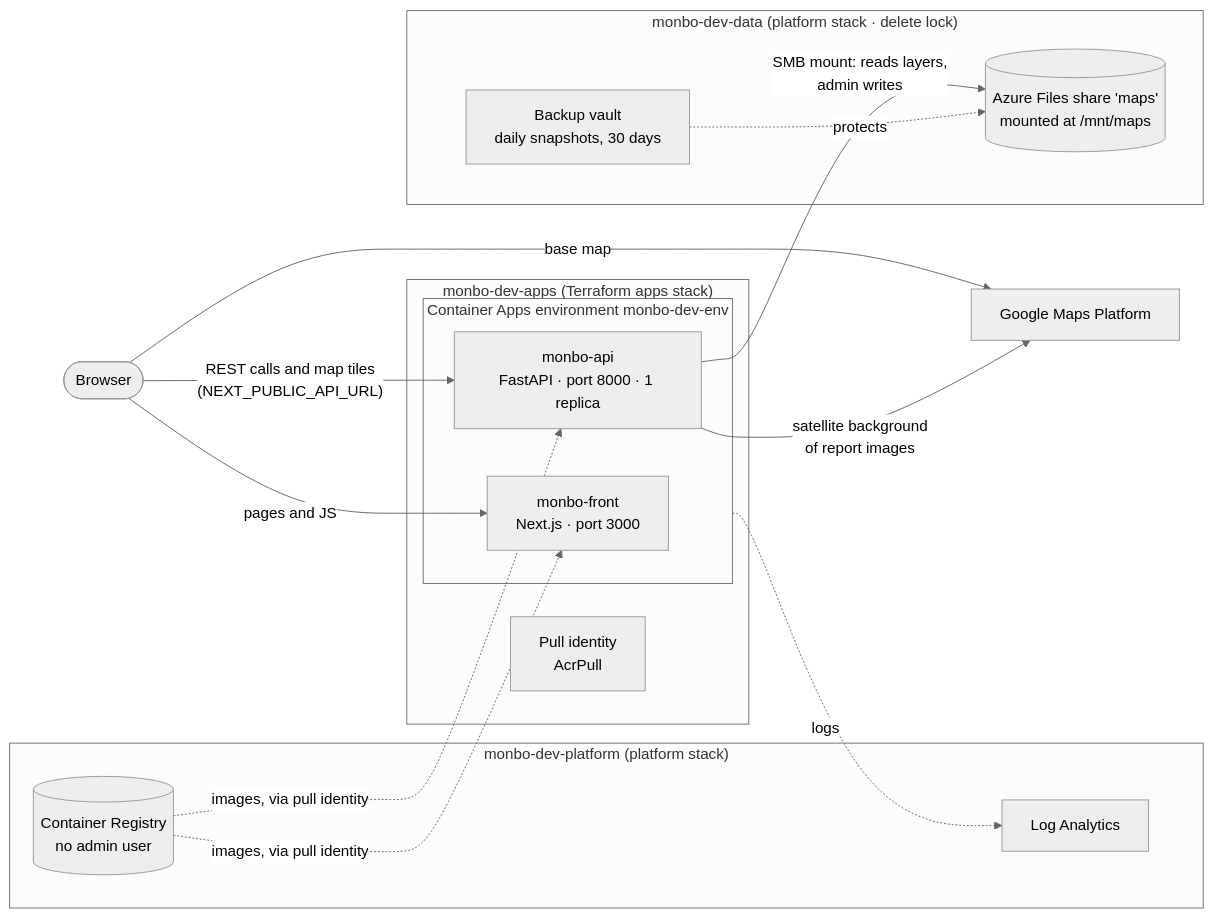
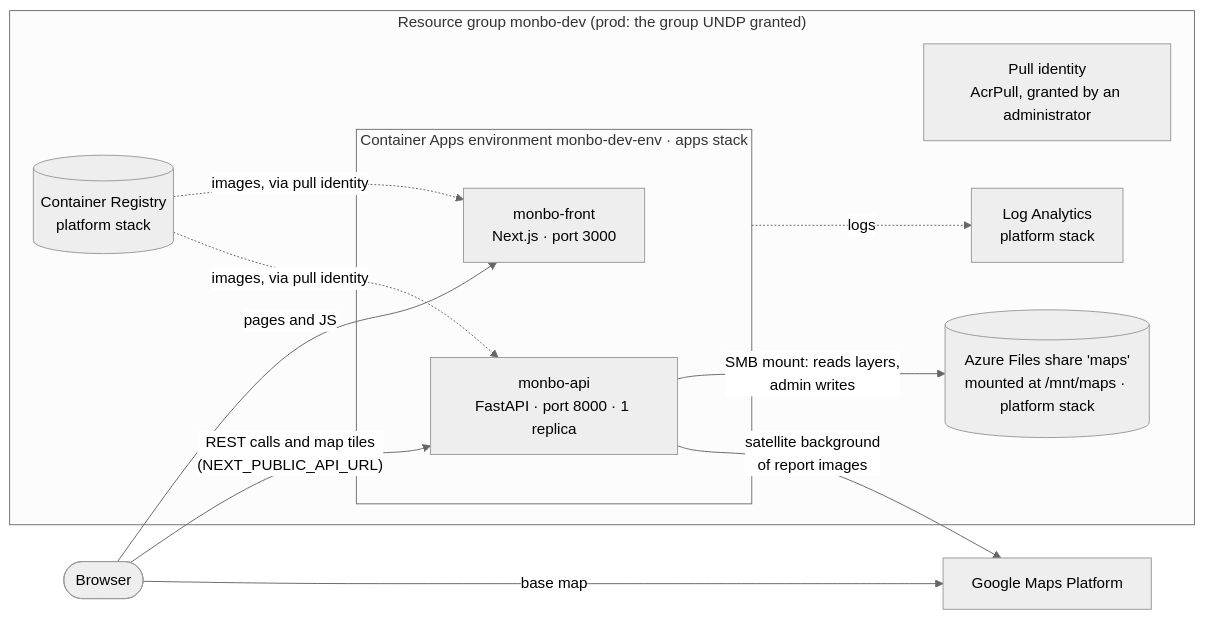
One commit to undp/monbo changed the first of 4 diagrams in docs/architecture.md. Above: the diagram before and after it, drawn with Mermaid (neutral theme). The commit also changed other lines of this file and 40 other files, not shown here.

````diff
--- a/docs/architecture.md
+++ b/docs/architecture.md
@@ -23,34 +23,26 @@
 ```mermaid
 flowchart LR
   browser([Browser])
 
-  subgraph apps["monbo-dev-apps (Terraform apps stack)"]
-    subgraph env["Container Apps environment monbo-dev-env"]
+  subgraph group["Resource group monbo-dev (prod: the group UNDP granted)"]
+    subgraph env["Container Apps environment monbo-dev-env · apps stack"]
       front["monbo-front<br/>Next.js · port 3000"]
       api["monbo-api<br/>FastAPI · port 8000 · 1 replica"]
     end
-    pull[Pull identity<br/>AcrPull]
-  end
-
-  subgraph platform["monbo-dev-platform (platform stack)"]
-    acr[(Container Registry<br/>no admin user)]
-    logs[Log Analytics]
-  end
-
-  subgraph data["monbo-dev-data (platform stack · delete lock)"]
-    share[("Azure Files share 'maps'<br/>mounted at /mnt/maps")]
-    vault[Backup vault<br/>daily snapshots, 30 days]
+    pull[Pull identity<br/>AcrPull, granted by an administrator]
+    acr[(Container Registry<br/>platform stack)]
+    logs[Log Analytics<br/>platform stack]
+    share[("Azure Files share 'maps'<br/>mounted at /mnt/maps · platform stack")]
   end
 
   gmaps[Google Maps Platform]
 
   browser -- "pages and JS" --> front
   browser -- "REST calls and map tiles<br/>(NEXT_PUBLIC_API_URL)" --> api
   browser -- "base map" --> gmaps
   api -- "SMB mount: reads layers,<br/>admin writes" --> share
   api -- "satellite background<br/>of report images" --> gmaps
   acr -.->|images, via pull identity| front
   acr -.->|images, via pull identity| api
   env -.->|logs| logs
-  vault -.->|protects| share
 ```
````
